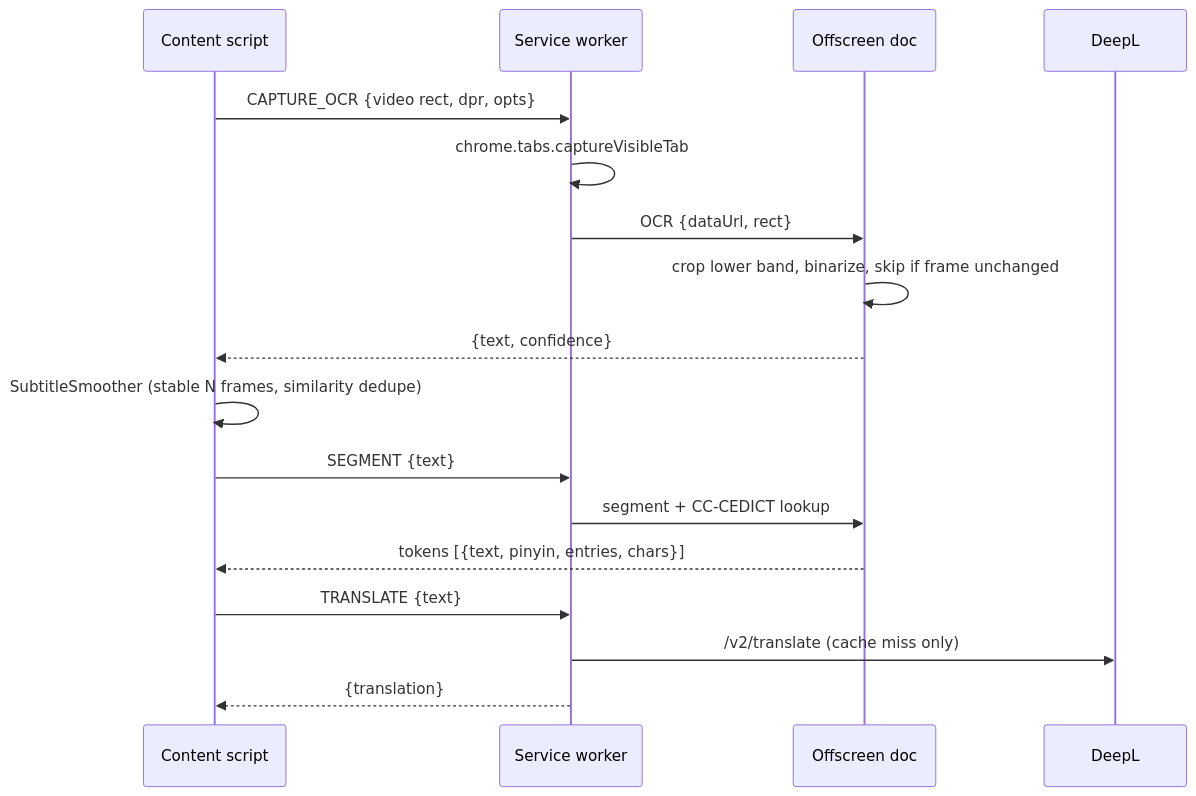
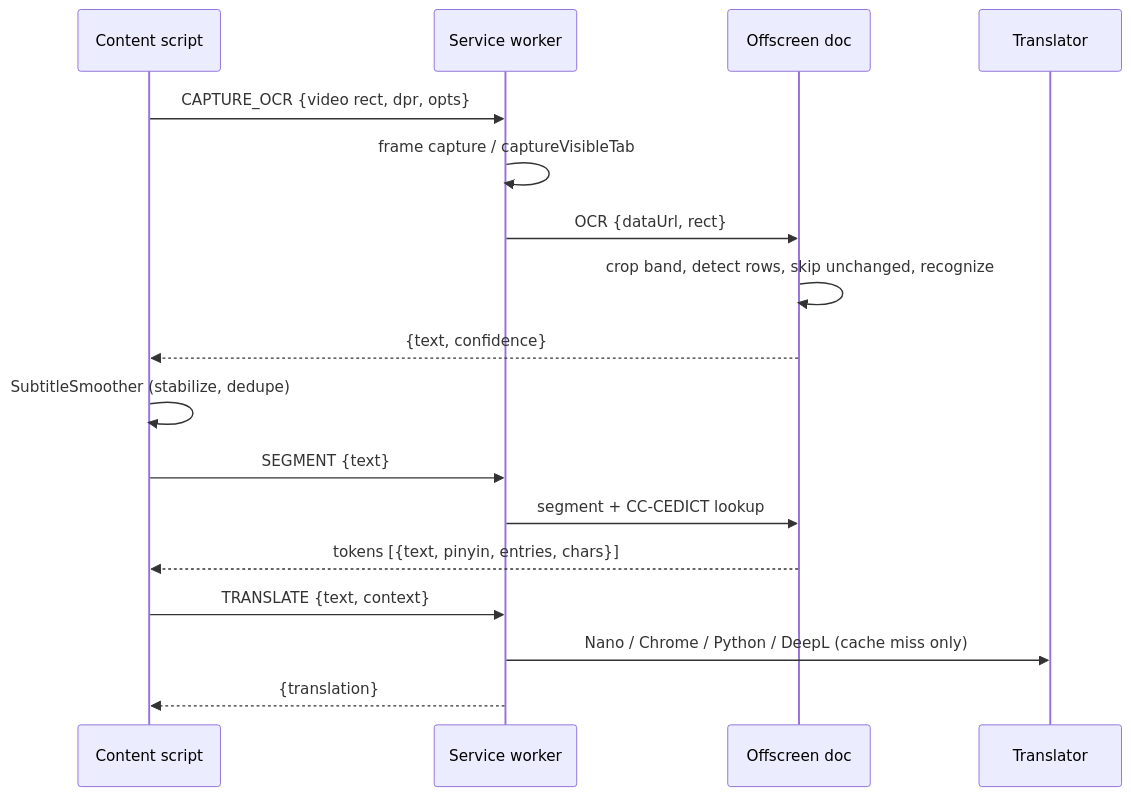
One commit to FrBonnardel/subsextracttolanguagereactor changed the diagram in README.md. Above: the diagram before and after it, drawn with Mermaid. The commit also changed other lines of this file, not shown here.

````diff
--- a/README.md
+++ b/README.md
@@ -83,19 +155,19 @@
 ```mermaid
 sequenceDiagram
   participant CS as Content script
   participant SW as Service worker
   participant OD as Offscreen doc
-  participant DL as DeepL
+  participant TR as Translator
   CS->>SW: CAPTURE_OCR {video rect, dpr, opts}
-  SW->>SW: chrome.tabs.captureVisibleTab
+  SW->>SW: frame capture / captureVisibleTab
   SW->>OD: OCR {dataUrl, rect}
-  OD->>OD: crop lower band, binarize, skip if frame unchanged
+  OD->>OD: crop band, detect rows, skip unchanged, recognize
   OD-->>CS: {text, confidence}
-  CS->>CS: SubtitleSmoother (stable N frames, similarity dedupe)
+  CS->>CS: SubtitleSmoother (stabilize, dedupe)
   CS->>SW: SEGMENT {text}
   SW->>OD: segment + CC-CEDICT lookup
   OD-->>CS: tokens [{text, pinyin, entries, chars}]
-  CS->>SW: TRANSLATE {text}
-  SW->>DL: /v2/translate (cache miss only)
+  CS->>SW: TRANSLATE {text, context}
+  SW->>TR: Nano / Chrome / Python / DeepL (cache miss only)
   SW-->>CS: {translation}
 ```
````
